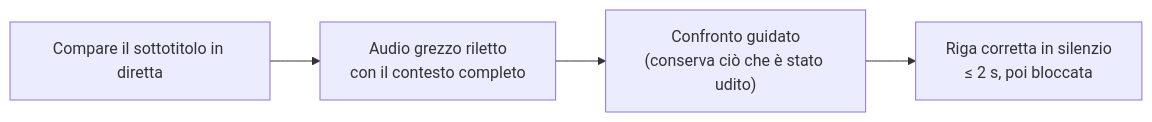
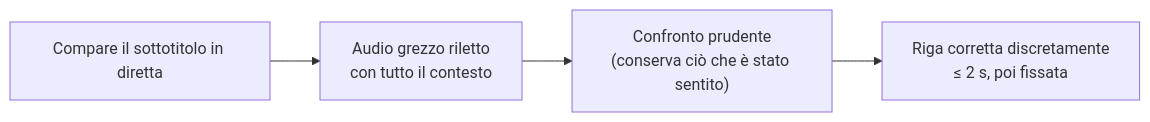
The third of 4 diagrams in README_it.md (rpalm01-star/VigilantEarLegal), drawn with Mermaid before and after one commit. The commit also changed other lines of this file and 29 other files, not shown here.

````diff
--- a/README_it.md
+++ b/README_it.md
@@ -149,4 +157,4 @@
 ```mermaid
 graph LR
-    L["Compare il sottotitolo in diretta"] --> K["Audio grezzo riletto<br/>con il contesto completo"] --> V["Confronto guidato<br/>(conserva ciò che è stato udito)"] --> W["Riga corretta in silenzio<br/>≤ 2 s, poi bloccata"]
+    L["Compare il sottotitolo in diretta"] --> K["Audio grezzo riletto<br/>con tutto il contesto"] --> V["Confronto prudente<br/>(conserva ciò che è stato sentito)"] --> W["Riga corretta discretamente<br/>≤ 2 s, poi fissata"]
 ```
````
